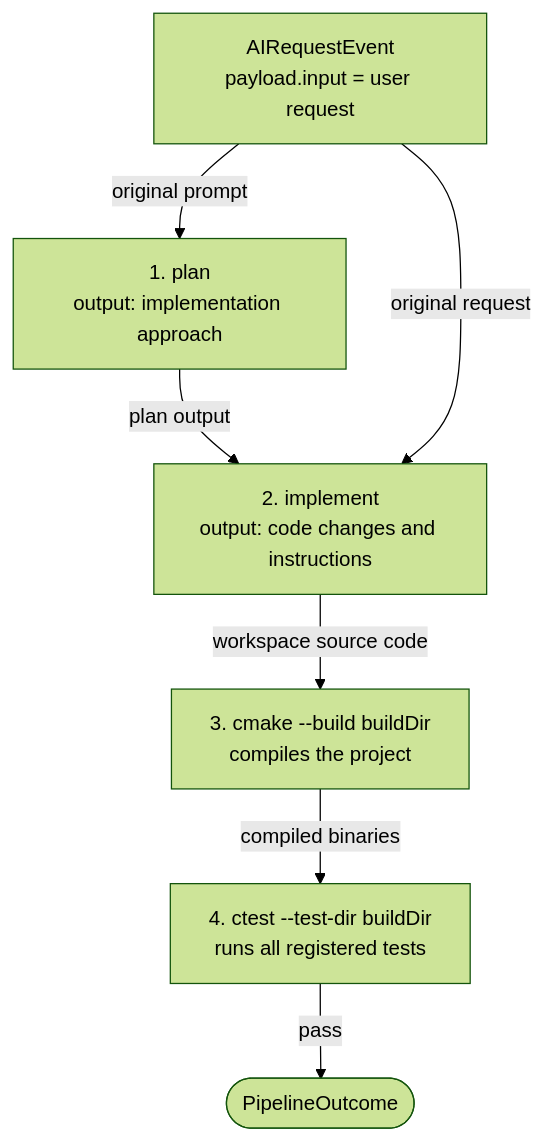
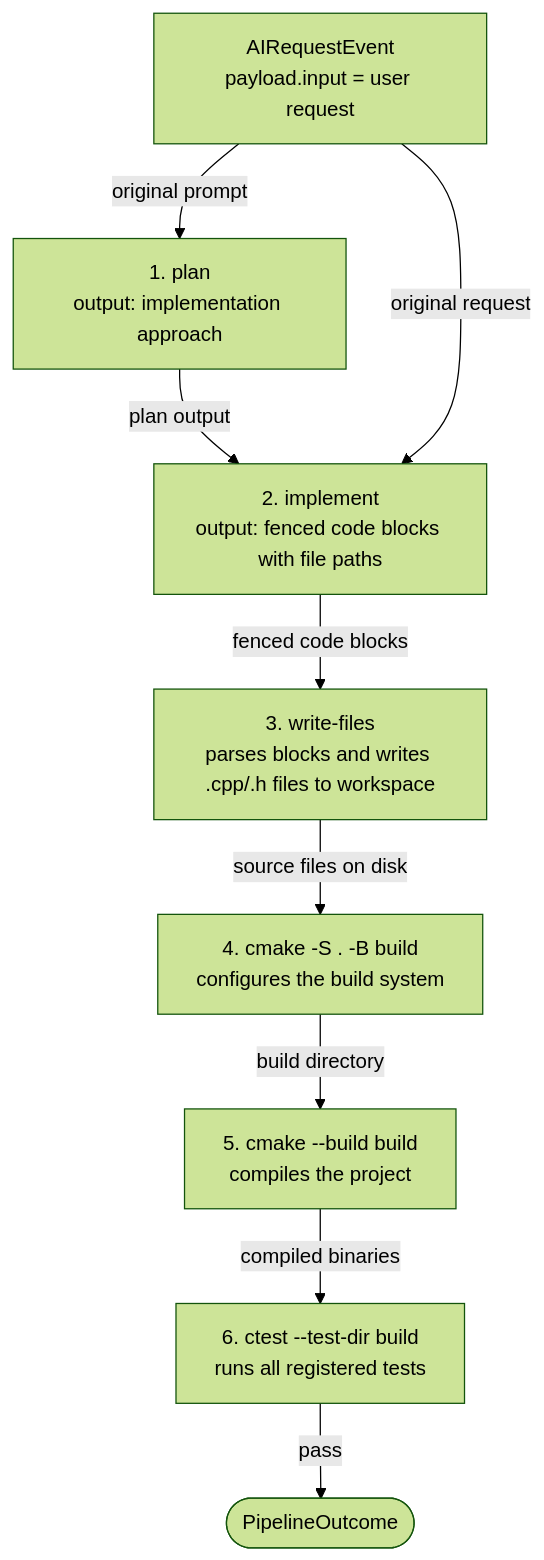
One commit to vansweej/ai-coding changed the second of 2 diagrams in docs/cmake-pipeline.md. Above: the diagram before and after it, drawn with Mermaid (forest theme). The commit also changed other lines of this file and 11 other files, not shown here.

````diff
--- a/docs/cmake-pipeline.md
+++ b/docs/cmake-pipeline.md
@@ -40,19 +45,25 @@
 ```mermaid
 flowchart TD
     Event["AIRequestEvent\npayload.input = user request"]
 
     Event -->|"original prompt"| Plan
     Plan["1. plan\noutput: implementation approach"]
 
     Plan -->|"plan output"| Impl
     Event -->|"original request"| Impl
-    Impl["2. implement\noutput: code changes and instructions"]
+    Impl["2. implement\noutput: fenced code blocks with file paths"]
 
-    Impl -->|"workspace source code"| CMake
-    CMake["3. cmake --build buildDir\ncompiles the project"]
+    Impl -->|"fenced code blocks"| Write
+    Write["3. write-files\nparses blocks and writes .cpp/.h files to workspace"]
+
+    Write -->|"source files on disk"| Configure
+    Configure["4. cmake -S . -B build\nconfigures the build system"]
+
+    Configure -->|"build directory"| CMake
+    CMake["5. cmake --build build\ncompiles the project"]
 
     CMake -->|"compiled binaries"| CTest
-    CTest["4. ctest --test-dir buildDir\nruns all registered tests"]
+    CTest["6. ctest --test-dir build\nruns all registered tests"]
 
     CTest -->|"pass"| Done(["PipelineOutcome"])
 ```
````
